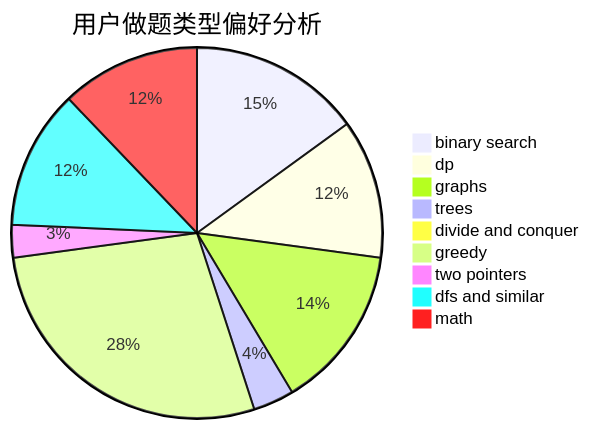
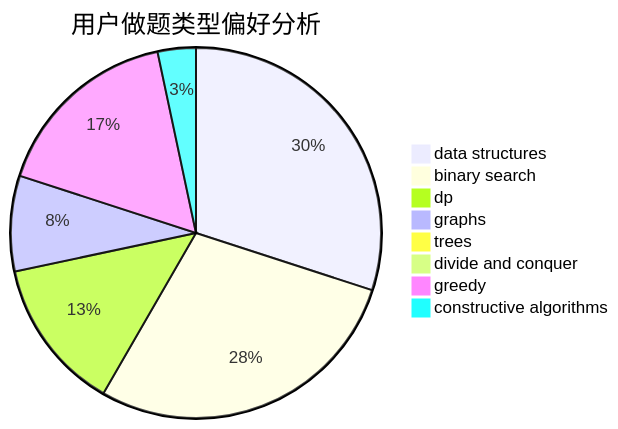
The second of 3 diagrams in docs/user/u1195.md (sherpahu/cfrs.github.io), drawn with Mermaid before and after one commit. The commit also changed other lines of this file and 2775 other files, not shown here.

````diff
--- a/docs/user/u1195.md
+++ b/docs/user/u1195.md
@@ -23,12 +23,11 @@
 ```mermaid
 pie title 用户做题类型偏好分析
-    "binary search" :  21
-    "dp" :  17
-    "graphs" :  20
-    "trees" :  5
+    "data structures" :  18
+    "binary search" :  17
+    "dp" :  8
+    "graphs" :  5
+    "trees" :  0
     "divide and conquer" :  0
-    "greedy" :  39
-    "two pointers" :  4
-    "dfs and similar" :  17
-    "math" :  17
+    "greedy" :  10
+    "constructive algorithms" :  2
 ```
````
